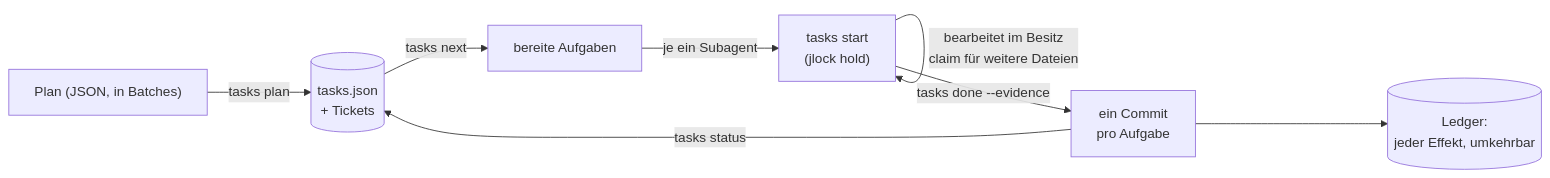
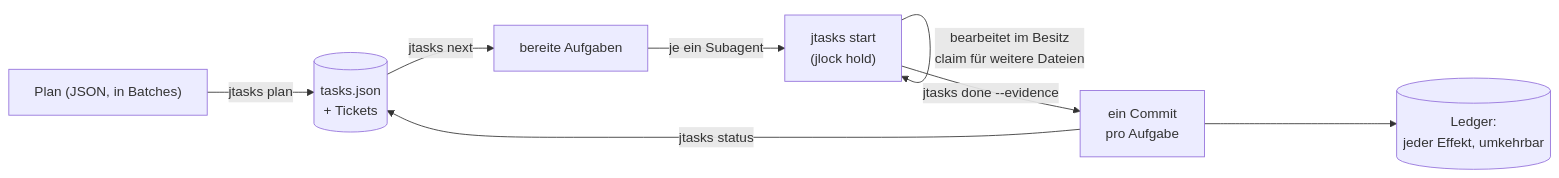
The diagram in README.de.md (rodrigojager/jtasks), drawn with Mermaid before and after one commit. The commit also changed other lines of this file and 98 other files, not shown here.

````diff
--- a/README.de.md
+++ b/README.de.md
@@ -43,10 +43,10 @@
 ```mermaid
 flowchart LR
-  plan["Plan (JSON, in Batches)"] -->|tasks plan| list[("tasks.json\n+ Tickets")]
-  list -->|tasks next| ready["bereite Aufgaben"]
-  ready -->|je ein Subagent| work["tasks start\n(jlock hold)"]
+  plan["Plan (JSON, in Batches)"] -->|jtasks plan| list[("tasks.json\n+ Tickets")]
+  list -->|jtasks next| ready["bereite Aufgaben"]
+  ready -->|je ein Subagent| work["jtasks start\n(jlock hold)"]
   work -->|bearbeitet im Besitz\nclaim für weitere Dateien| work
-  work -->|tasks done --evidence| commit["ein Commit\npro Aufgabe"]
+  work -->|jtasks done --evidence| commit["ein Commit\npro Aufgabe"]
   commit --> ledger[("Ledger:\njeder Effekt, umkehrbar")]
-  commit -->|tasks status| list
+  commit -->|jtasks status| list
 ```
````
